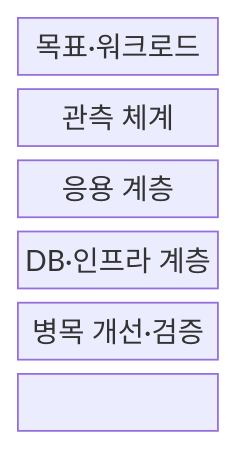
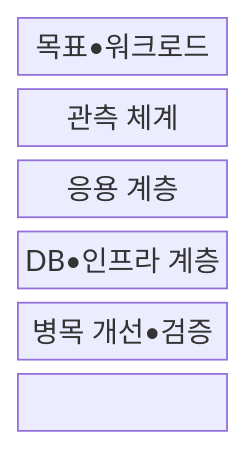
One commit to agnusdei1207/knowledge-base changed the first of 2 diagrams in src/content/docs/notes/06-evaluation/049_is_performance_management.md. Above: the diagram before and after it, drawn with Mermaid. The commit also changed other lines of this file and 953 other files, not shown here.

````diff
--- a/src/content/docs/notes/06-evaluation/049_is_performance_management.md
+++ b/src/content/docs/notes/06-evaluation/049_is_performance_management.md
@@ -65,11 +65,11 @@
 ```mermaid
 block-beta
   columns 1
-  G["목표·워크로드"]
+  G["목표•워크로드"]
   O["관측 체계"]
   A["응용 계층"]
-  D["DB·인프라 계층"]
-  V["병목 개선·검증"]
+  D["DB•인프라 계층"]
+  V["병목 개선•검증"]
   G --> O --> A
   A --> D --> V
 ```
````
